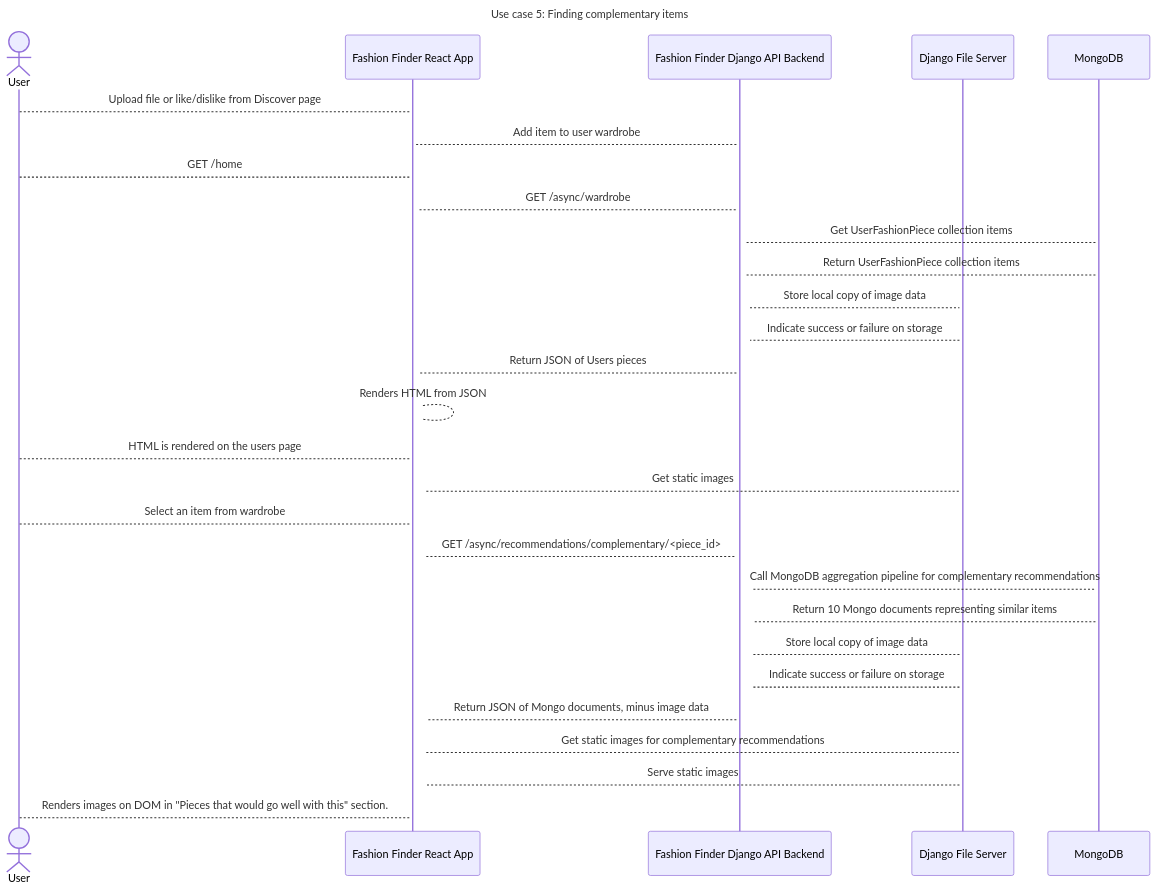
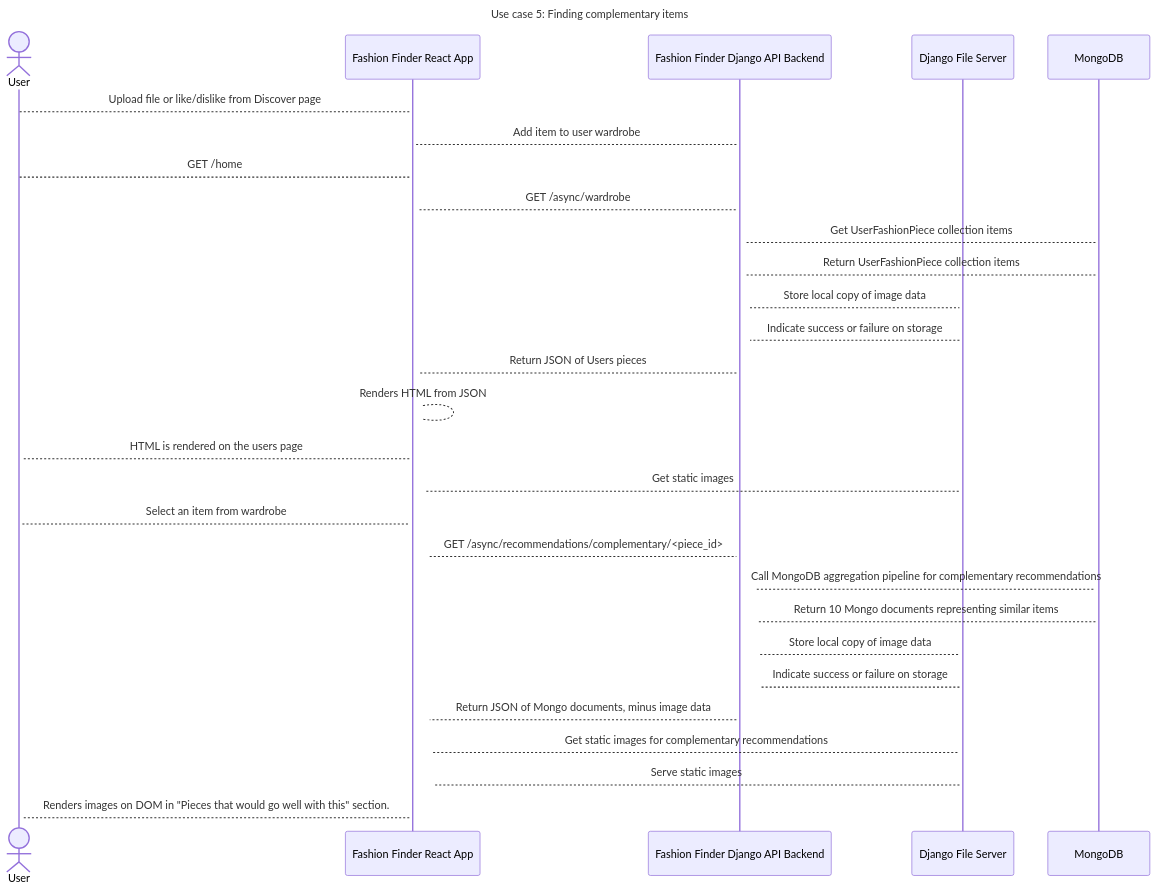
One commit to Capstone-Projects-2022-Fall/project-fashion-finder changed the fifth of 6 diagrams in documentation/docs/requirements/use-case-descriptions.md. Above: the diagram before and after it, drawn with Mermaid. The commit also changed other lines of this file, not shown here.

````diff
--- a/documentation/docs/requirements/use-case-descriptions.md
+++ b/documentation/docs/requirements/use-case-descriptions.md
@@ -152,35 +151,35 @@
 ```mermaid
 sequenceDiagram
     title Use case 5: Finding complementary items
     actor U as User
     participant F as Fashion Finder React App
     %% participant DM as Fashion Finder Django ML Backend
     %% participant DMC as Fashion Finder Django Color Backend
     participant DC as Fashion Finder Django API Backend
     participant DFS as Django File Server
     participant DB as MongoDB
 
     U-->+F: Upload file or like/dislike from Discover page
     F-->+DC: Add item to user wardrobe
     U-->+F: GET /home
     F-->+DC: GET /async/wardrobe
     DC-->+DB: Get UserFashionPiece collection items
     DB-->+DC: Return UserFashionPiece collection items
     DC-->+DFS: Store local copy of image data
     DFS-->+DC: Indicate success or failure on storage 
     DC-->+F: Return JSON of Users pieces
     F-->+F: Renders HTML from JSON
-    F-->U: HTML is rendered on the users page
-    F-->DFS: Get static images
-    U-->F: Select an item from wardrobe
-    F-->DC: GET /async/recommendations/complementary/<piece_id>
-    DC-->DB: Call MongoDB aggregation pipeline for complementary recommendations
-    DB-->DC: Return 10 Mongo documents representing similar items
-    DC-->DFS: Store local copy of image data
-    DFS--> DC: Indicate success or failure on storage
-    DC-->F: Return JSON of Mongo documents, minus image data
-    F-->DFS: Get static images for complementary recommendations
-    DFS-->F: Serve static images
-    F-->U: Renders images on DOM in "Pieces that would go well with this" section.
+    F-->+U: HTML is rendered on the users page
+    F-->+DFS: Get static images
+    U-->+F: Select an item from wardrobe
+    F-->+DC: GET /async/recommendations/complementary/<piece_id>
+    DC-->+DB: Call MongoDB aggregation pipeline for complementary recommendations
+    DB-->+DC: Return 10 Mongo documents representing similar items
+    DC-->+DFS: Store local copy of image data
+    DFS-->+ DC: Indicate success or failure on storage
+    DC-->+F: Return JSON of Mongo documents, minus image data
+    F-->+DFS: Get static images for complementary recommendations
+    DFS-->+F: Serve static images
+    F-->+U: Renders images on DOM in "Pieces that would go well with this" section.
 
 ```
````
